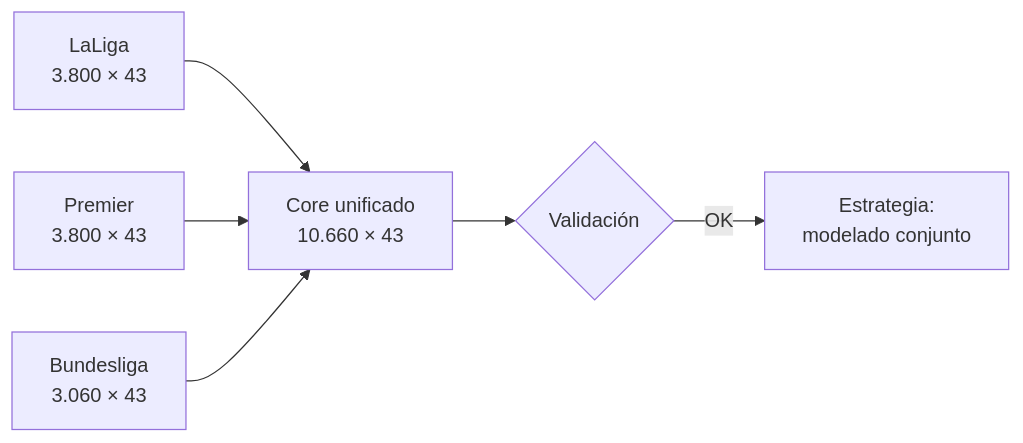
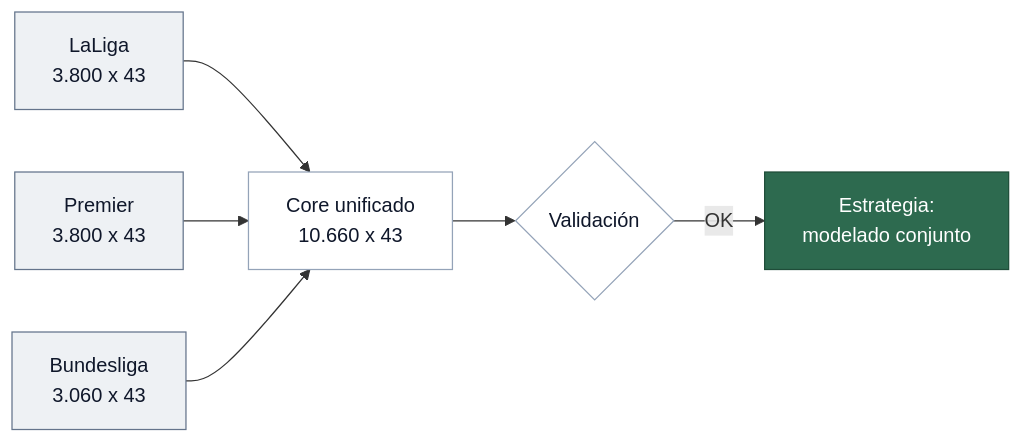
One commit to jorgepais02/PitchLens changed the diagram in docs/02_eda_multi_league.md. Above: the diagram before and after it, drawn with Mermaid. The commit also changed 8 other files, not shown here.

````diff
--- a/docs/02_eda_multi_league.md
+++ b/docs/02_eda_multi_league.md
@@ -12,8 +12,16 @@
 ```mermaid
 graph LR
-    L[LaLiga\n3.800 × 43] --> U[Core unificado\n10.660 × 43]
-    P[Premier\n3.800 × 43] --> U
-    B[Bundesliga\n3.060 × 43] --> U
+    classDef src fill:#eef1f4,stroke:#64748b,color:#0f172a,stroke-width:1px
+    classDef step fill:#ffffff,stroke:#94a3b8,color:#0f172a,stroke-width:1px
+    classDef out fill:#2d6a4f,stroke:#1f4d39,color:#ffffff,stroke-width:1px
+
+    L[LaLiga<br/>3.800 x 43] --> U[Core unificado<br/>10.660 x 43]
+    P[Premier<br/>3.800 x 43] --> U
+    B[Bundesliga<br/>3.060 x 43] --> U
     U --> V{Validación}
-    V -->|OK| D[Estrategia:\nmodelado conjunto]
+    V -->|OK| D[Estrategia:<br/>modelado conjunto]
+
+    class L,P,B src
+    class U,V step
+    class D out
 ```
````
